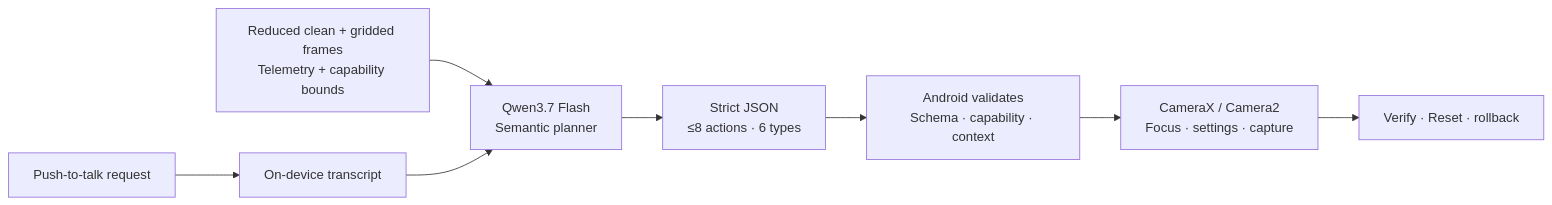
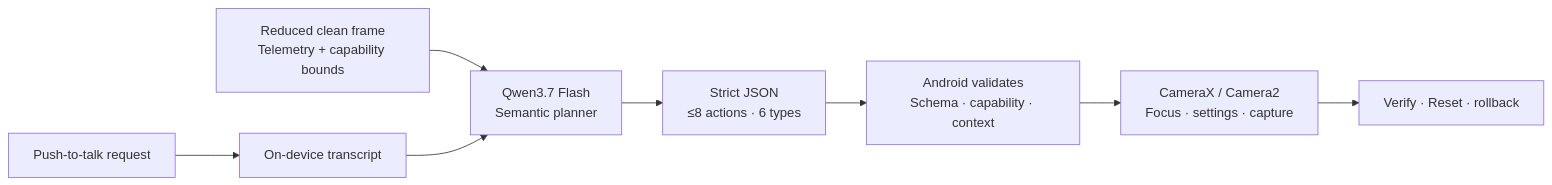
The diagram in README.md (LuBolin/CameraAgent), drawn with Mermaid before and after one commit. The commit also changed other lines of this file and 15 other files, not shown here.

````diff
--- a/README.md
+++ b/README.md
@@ -40,10 +40,10 @@
 ```mermaid
 flowchart LR
     A["Push-to-talk request"] --> B["On-device transcript"]
-    C["Reduced clean + gridded frames<br/>Telemetry + capability bounds"] --> D["Qwen3.7 Flash<br/>Semantic planner"]
+    C["Reduced clean frame<br/>Telemetry + capability bounds"] --> D["Qwen3.7 Flash<br/>Semantic planner"]
     B --> D
     D --> E["Strict JSON<br/>≤8 actions · 6 types"]
     E --> F["Android validates<br/>Schema · capability · context"]
     F --> G["CameraX / Camera2<br/>Focus · settings · capture"]
     G --> H["Verify · Reset · rollback"]
 ```
````
